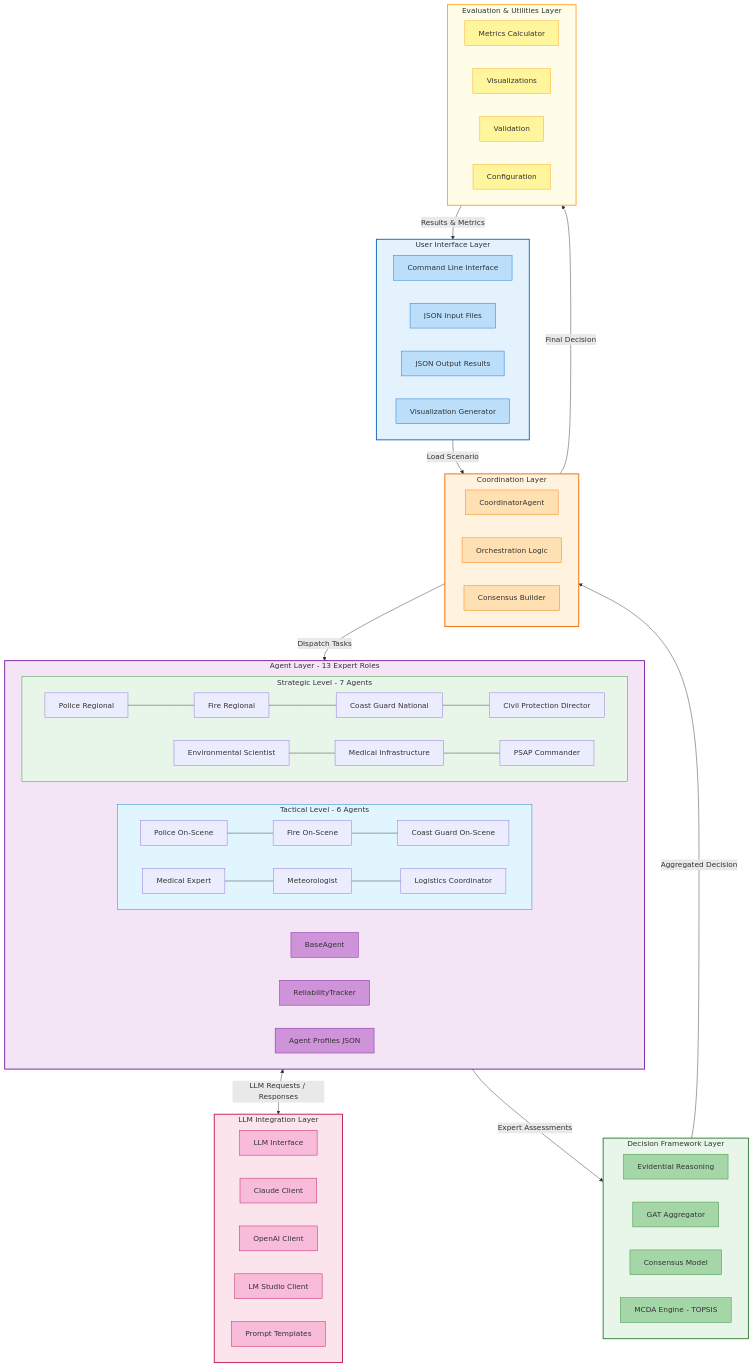
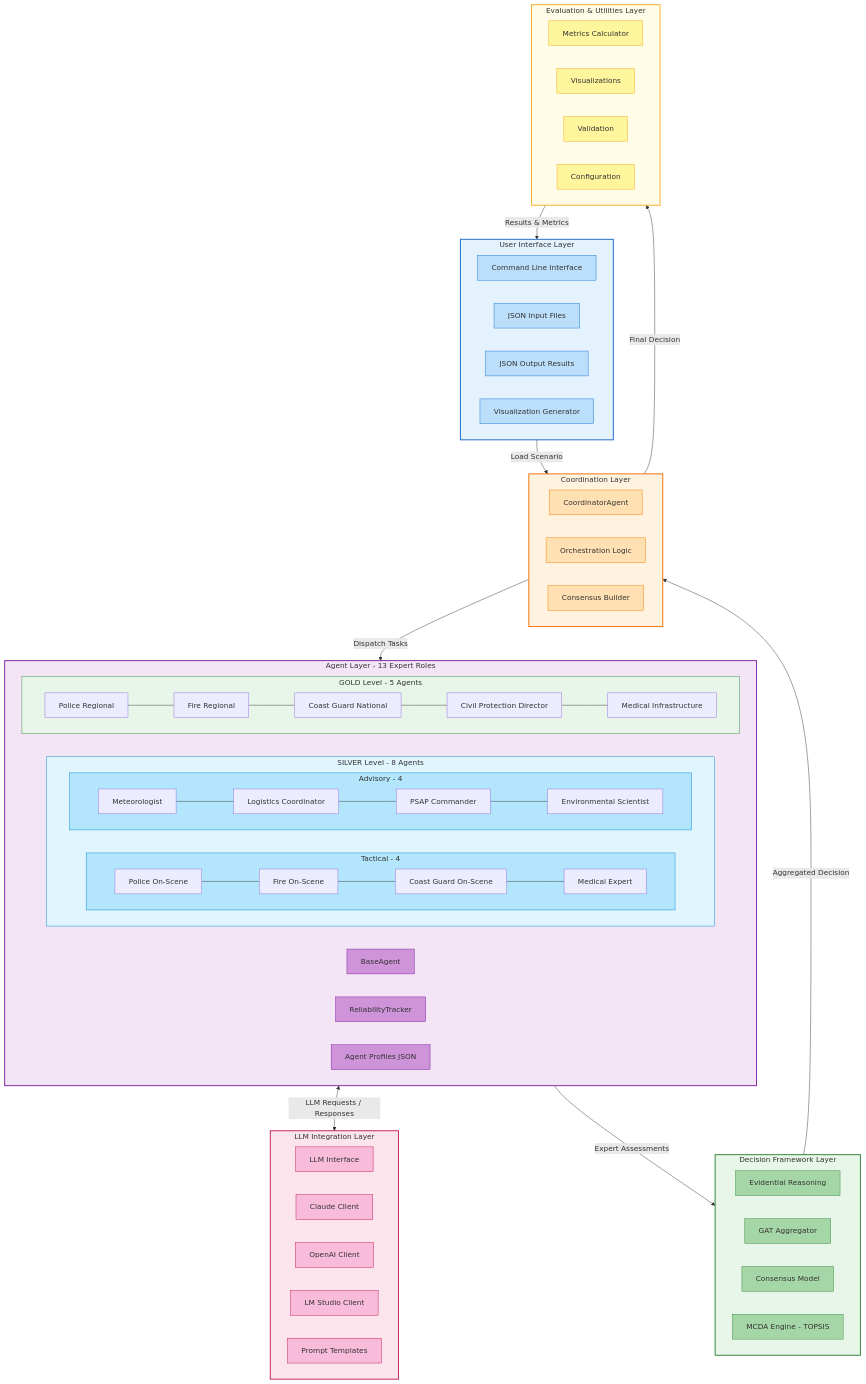
One commit to kerbgr/crisis_mas_poc changed the first of 22 diagrams in ARCHITECTURE_DIAGRAMS.md. Above: the diagram before and after it, drawn with Mermaid. The commit also changed other lines of this file, not shown here.

```diff
--- a/ARCHITECTURE_DIAGRAMS.md
+++ b/ARCHITECTURE_DIAGRAMS.md
@@ -30,15 +30,20 @@
     subgraph Agents["Agent Layer - 13 Expert Roles"]
         direction LR
         BA[BaseAgent]
-        subgraph Tactical["Tactical Level - 6 Agents"]
+        subgraph Silver["SILVER Level - 8 Agents"]
             direction LR
-            T1[Police On-Scene] --- T2[Fire On-Scene] --- T3[Coast Guard On-Scene]
-            T4[Medical Expert] --- T5[Meteorologist] --- T6[Logistics Coordinator]
+            subgraph SilverTactical["Tactical - 4"]
+                direction LR
+                T1[Police On-Scene] --- T2[Fire On-Scene] --- T3[Coast Guard On-Scene] --- T4[Medical Expert]
+            end
+            subgraph SilverAdvisory["Advisory - 4"]
+                direction LR
+                A1[Meteorologist] --- A2[Logistics Coordinator] --- A3[PSAP Commander] --- A4[Environmental Scientist]
+            end
         end
-        subgraph Strategic["Strategic Level - 7 Agents"]
+        subgraph Gold["GOLD Level - 5 Agents"]
             direction LR
-            S1[Police Regional] --- S2[Fire Regional] --- S3[Coast Guard National] --- S4[Civil Protection Director]
-            S5[Environmental Scientist] --- S6[Medical Infrastructure] --- S7[PSAP Commander]
+            G1[Police Regional] --- G2[Fire Regional] --- G3[Coast Guard National] --- G4[Civil Protection Director] --- G5[Medical Infrastructure]
         end
         RT[ReliabilityTracker]
         PROFILES[Agent Profiles JSON]
@@ -81,8 +86,10 @@
     style UI fill:#e3f2fd,stroke:#1565c0,stroke-width:2px
     style Coord fill:#fff3e0,stroke:#ef6c00,stroke-width:2px
     style Agents fill:#f3e5f5,stroke:#7b1fa2,stroke-width:2px
-    style Tactical fill:#e1f5fe,stroke:#0288d1,stroke-width:1px
-    style Strategic fill:#e8f5e9,stroke:#388e3c,stroke-width:1px
+    style Silver fill:#e1f5fe,stroke:#0288d1,stroke-width:1px
+    style SilverTactical fill:#b3e5fc,stroke:#0288d1,stroke-width:1px
+    style SilverAdvisory fill:#b3e5fc,stroke:#0288d1,stroke-width:1px
+    style Gold fill:#e8f5e9,stroke:#388e3c,stroke-width:1px
     style LLM fill:#fce4ec,stroke:#c2185b,stroke-width:2px
     style DF fill:#e8f5e9,stroke:#2e7d32,stroke-width:2px
     style Eval fill:#fffde7,stroke:#f9a825,stroke-width:2px
```
